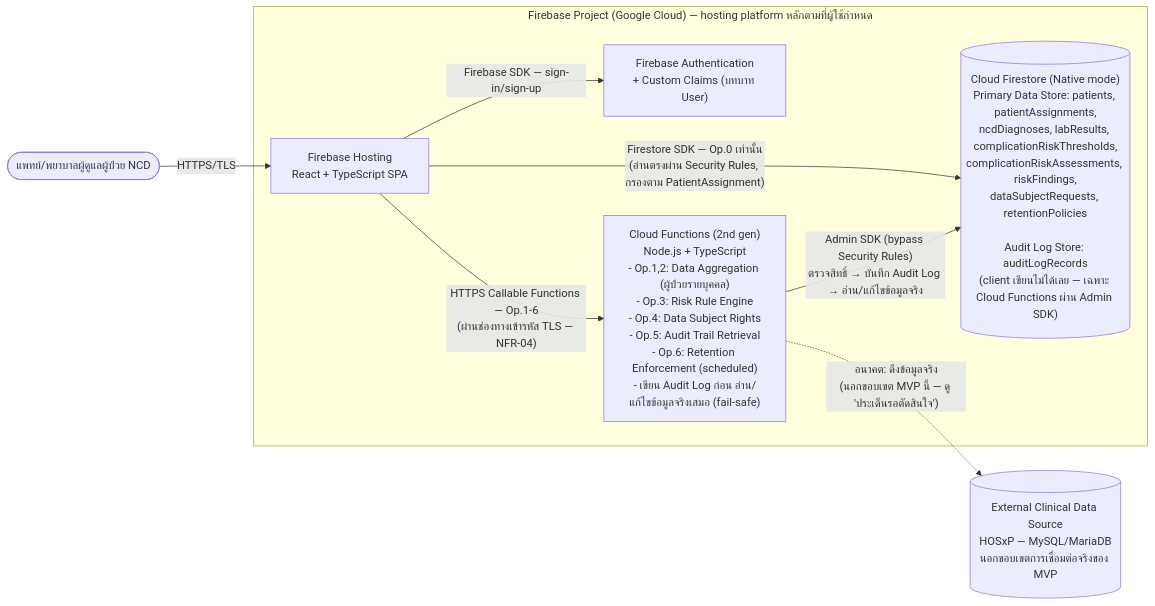
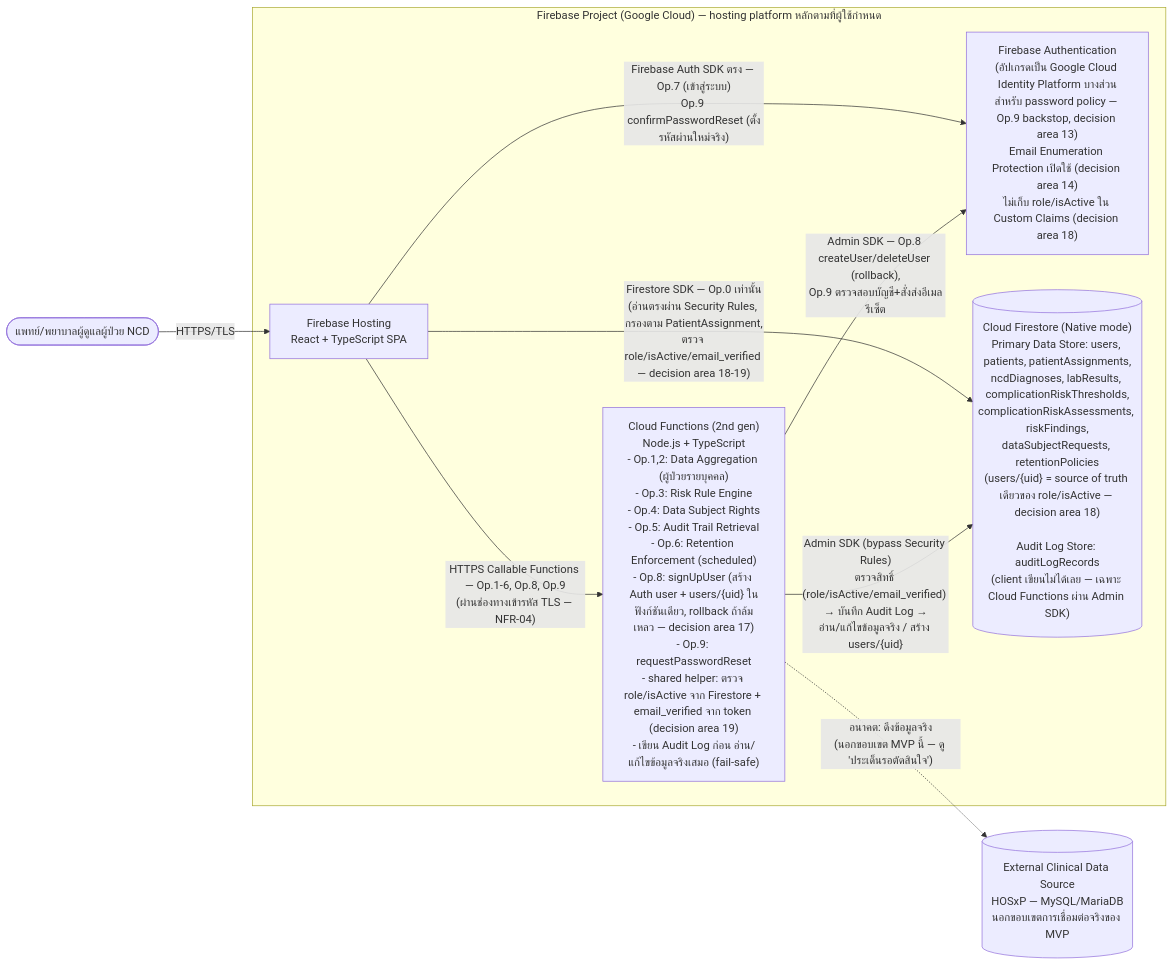
The diagram in docs/02-design/02-technical/technology-stack.md (fadtypat/track-ncds), drawn with Mermaid before and after one commit. The commit also changed other lines of this file and 41 other files, not shown here.

First line of the commit message:
Add email/password authentication docs across the pipeline

````diff
--- a/docs/02-design/02-technical/technology-stack.md
+++ b/docs/02-design/02-technical/technology-stack.md
@@ -383,20 +614,21 @@
 ```mermaid
 flowchart LR
     User(["แพทย์/พยาบาลผู้ดูแลผู้ป่วย NCD"])
 
     subgraph Firebase["Firebase Project (Google Cloud) — hosting platform หลักตามที่ผู้ใช้กำหนด"]
         Hosting["Firebase Hosting\nReact + TypeScript SPA"]
-        Auth["Firebase Authentication\n+ Custom Claims (บทบาท User)"]
-        Functions["Cloud Functions (2nd gen)\nNode.js + TypeScript\n- Op.1,2: Data Aggregation (ผู้ป่วยรายบุคคล)\n- Op.3: Risk Rule Engine\n- Op.4: Data Subject Rights\n- Op.5: Audit Trail Retrieval\n- Op.6: Retention Enforcement (scheduled)\n- เขียน Audit Log ก่อน อ่าน/แก้ไขข้อมูลจริงเสมอ (fail-safe)"]
-        Firestore[("Cloud Firestore (Native mode)\nPrimary Data Store: patients, patientAssignments,\nncdDiagnoses, labResults, complicationRiskThresholds,\ncomplicationRiskAssessments, riskFindings,\ndataSubjectRequests, retentionPolicies\n\nAudit Log Store: auditLogRecords\n(client เขียนไม่ได้เลย — เฉพาะ Cloud Functions ผ่าน Admin SDK)")]
+        Auth["Firebase Authentication\n(อัปเกรดเป็น Google Cloud Identity Platform บางส่วน\nสำหรับ password policy — Op.9 backstop, decision area 13)\nEmail Enumeration Protection เปิดใช้ (decision area 14)\nไม่เก็บ role/isActive ใน Custom Claims (decision area 18)"]
+        Functions["Cloud Functions (2nd gen)\nNode.js + TypeScript\n- Op.1,2: Data Aggregation (ผู้ป่วยรายบุคคล)\n- Op.3: Risk Rule Engine\n- Op.4: Data Subject Rights\n- Op.5: Audit Trail Retrieval\n- Op.6: Retention Enforcement (scheduled)\n- Op.8: signUpUser (สร้าง Auth user + users/{uid} ในฟังก์ชันเดียว, rollback ถ้าล้มเหลว — decision area 17)\n- Op.9: requestPasswordReset\n- shared helper: ตรวจ role/isActive จาก Firestore + email_verified จาก token (decision area 19)\n- เขียน Audit Log ก่อน อ่าน/แก้ไขข้อมูลจริงเสมอ (fail-safe)"]
+        Firestore[("Cloud Firestore (Native mode)\nPrimary Data Store: users, patients, patientAssignments,\nncdDiagnoses, labResults, complicationRiskThresholds,\ncomplicationRiskAssessments, riskFindings,\ndataSubjectRequests, retentionPolicies\n(users/{uid} = source of truth เดียวของ role/isActive — decision area 18)\n\nAudit Log Store: auditLogRecords\n(client เขียนไม่ได้เลย — เฉพาะ Cloud Functions ผ่าน Admin SDK)")]
     end
 
     ExternalSrc[("External Clinical Data Source\nHOSxP — MySQL/MariaDB\nนอกขอบเขตการเชื่อมต่อจริงของ MVP")]
 
     User -->|HTTPS/TLS| Hosting
-    Hosting -->|Firebase SDK — sign-in/sign-up| Auth
-    Hosting -->|"Firestore SDK — Op.0 เท่านั้น\n(อ่านตรงผ่าน Security Rules, กรองตาม PatientAssignment)"| Firestore
-    Hosting -->|"HTTPS Callable Functions — Op.1-6\n(ผ่านช่องทางเข้ารหัส TLS — NFR-04)"| Functions
-    Functions -->|"Admin SDK (bypass Security Rules)\nตรวจสิทธิ์ → บันทึก Audit Log → อ่าน/แก้ไขข้อมูลจริง"| Firestore
+    Hosting -->|"Firebase Auth SDK ตรง — Op.7 (เข้าสู่ระบบ)\nOp.9 confirmPasswordReset (ตั้งรหัสผ่านใหม่จริง)"| Auth
+    Hosting -->|"Firestore SDK — Op.0 เท่านั้น\n(อ่านตรงผ่าน Security Rules, กรองตาม PatientAssignment,\nตรวจ role/isActive/email_verified — decision area 18-19)"| Firestore
+    Hosting -->|"HTTPS Callable Functions — Op.1-6, Op.8, Op.9\n(ผ่านช่องทางเข้ารหัส TLS — NFR-04)"| Functions
+    Functions -->|"Admin SDK (bypass Security Rules)\nตรวจสิทธิ์ (role/isActive/email_verified) → บันทึก Audit Log →\nอ่าน/แก้ไขข้อมูลจริง / สร้าง users/{uid}"| Firestore
+    Functions -->|"Admin SDK — Op.8 createUser/deleteUser (rollback),\nOp.9 ตรวจสอบบัญชี+สั่งส่งอีเมลรีเซ็ต"| Auth
     Functions -.->|"อนาคต: ดึงข้อมูลจริง\n(นอกขอบเขต MVP นี้ — ดู 'ประเด็นรอตัดสินใจ')"| ExternalSrc
 ```
````
